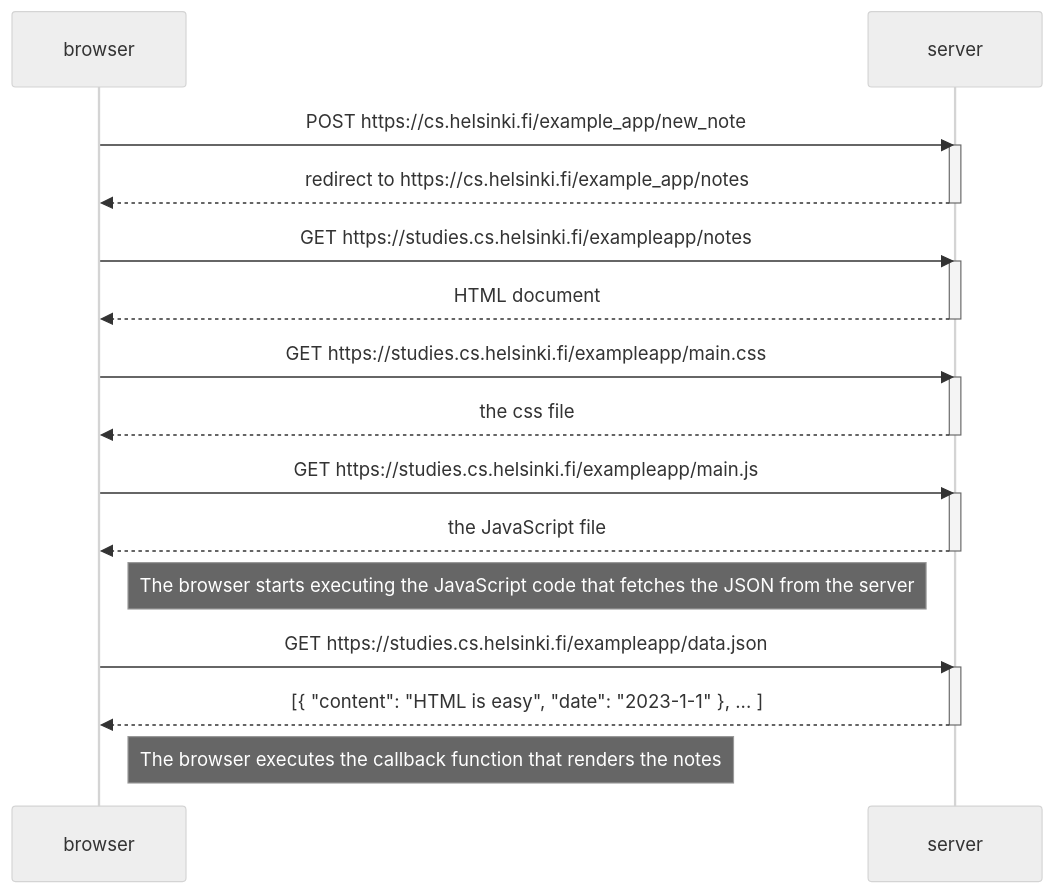
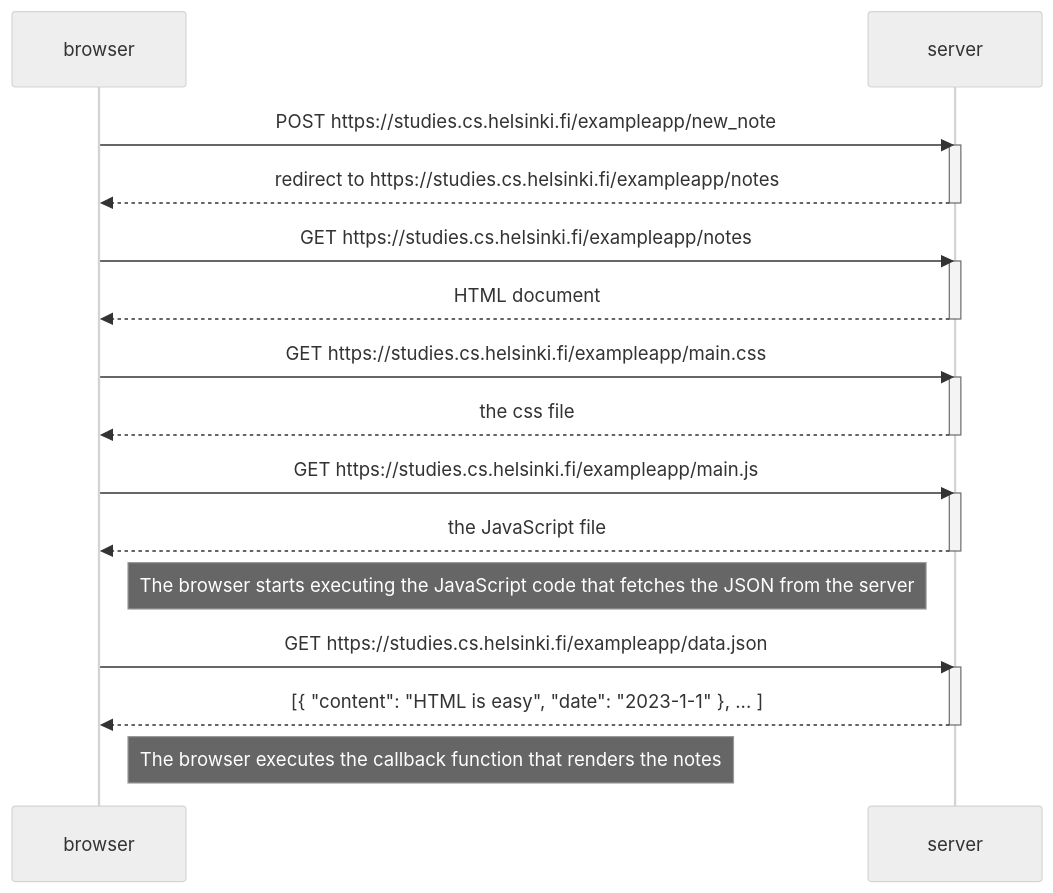
One commit to MidStein/full-stack-open changed the diagram in part0/new-note-diagram/diagram.md. Above: the diagram before and after it, drawn with Mermaid (neutral theme).

````diff
--- a/part0/new-note-diagram/diagram.md
+++ b/part0/new-note-diagram/diagram.md
@@ -1,34 +1,34 @@
 ```mermaid
 sequenceDiagram
   participant browser
   participant server
 
-  browser->>server: POST https://cs.helsinki.fi/example_app/new_note
+  browser->>server: POST https://studies.cs.helsinki.fi/exampleapp/new_note
   activate server
-  server-->>browser: redirect to https://cs.helsinki.fi/example_app/notes
+  server-->>browser: redirect to https://studies.cs.helsinki.fi/exampleapp/notes
   deactivate server
 
   browser->>server: GET https://studies.cs.helsinki.fi/exampleapp/notes
   activate server
   server-->>browser: HTML document
   deactivate server
 
   browser->>server: GET https://studies.cs.helsinki.fi/exampleapp/main.css
   activate server
   server-->>browser: the css file
   deactivate server
 
   browser->>server: GET https://studies.cs.helsinki.fi/exampleapp/main.js
   activate server
   server-->>browser: the JavaScript file
   deactivate server
 
   Note right of browser: The browser starts executing the JavaScript code that fetches the JSON from the server
 
   browser->>server: GET https://studies.cs.helsinki.fi/exampleapp/data.json
   activate server
   server-->>browser: [{ "content": "HTML is easy", "date": "2023-1-1" }, ... ]
   deactivate server
 
   Note right of browser: The browser executes the callback function that renders the notes
 ```
````
